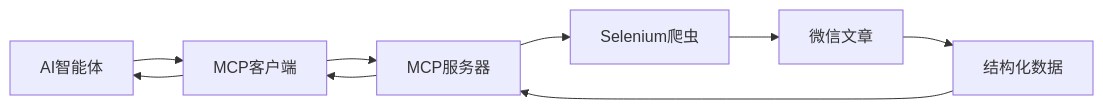
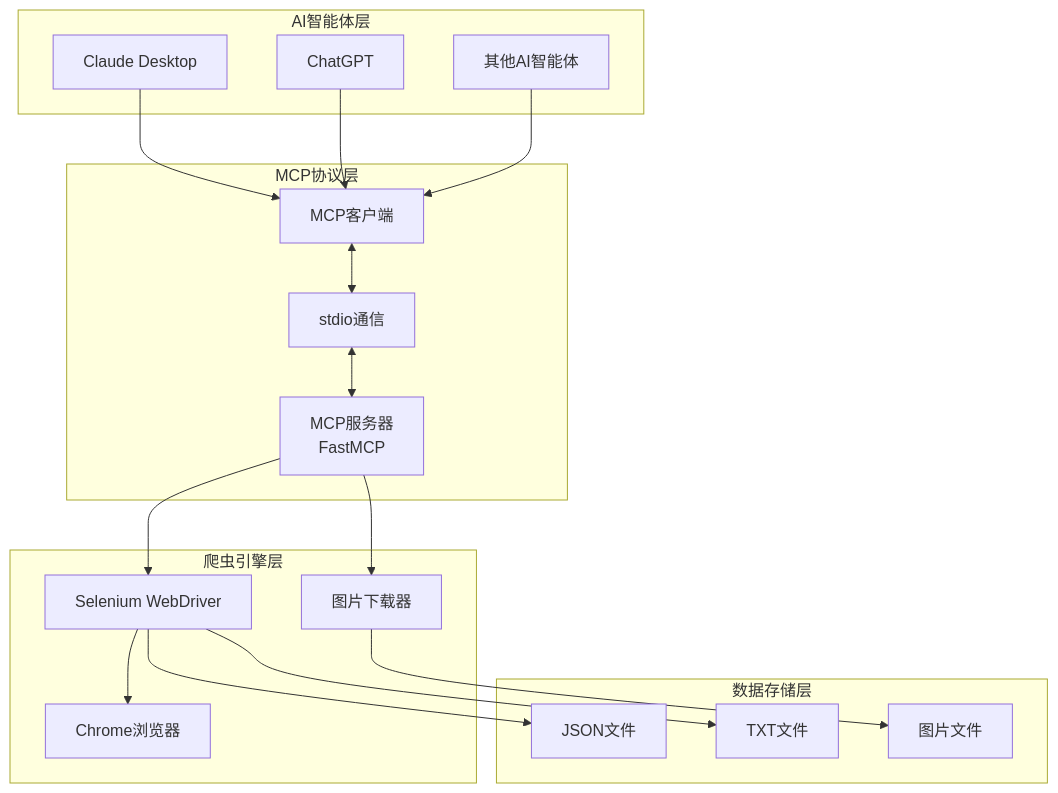
Before and after one commit to ditingdapeng/MCPWeChatOfficialAccounts: the diagram in README.md, drawn with Mermaid. The commit also changed other lines of this file and 21 other files, not shown here.

Commit message:
feat: FastMCP add

````diff
--- a/README.md
+++ b/README.md
@@ -21,11 +26,38 @@
 ```mermaid
-graph LR
-    A[AI智能体] --> B[MCP客户端]
-    B --> C[MCP服务器]
-    C --> D[Selenium爬虫]
-    D --> E[微信文章]
-    E --> F[结构化数据]
-    F --> C
-    C --> B
-    B --> A
+graph TB
+    subgraph "AI智能体层"
+        A[Claude Desktop]
+        B[ChatGPT]
+        C[其他AI智能体]
+    end
+    
+    subgraph "MCP协议层"
+        D[MCP客户端]
+        E[stdio通信]
+        F[MCP服务器<br/>FastMCP]
+    end
+    
+    subgraph "爬虫引擎层"
+        G[Selenium WebDriver]
+        H[Chrome浏览器]
+        I[图片下载器]
+    end
+    
+    subgraph "数据存储层"
+        J[JSON文件]
+        K[TXT文件]
+        L[图片文件]
+    end
+    
+    A --> D
+    B --> D
+    C --> D
+    D <--> E
+    E <--> F
+    F --> G
+    G --> H
+    F --> I
+    G --> J
+    G --> K
+    I --> L
 ```
````
